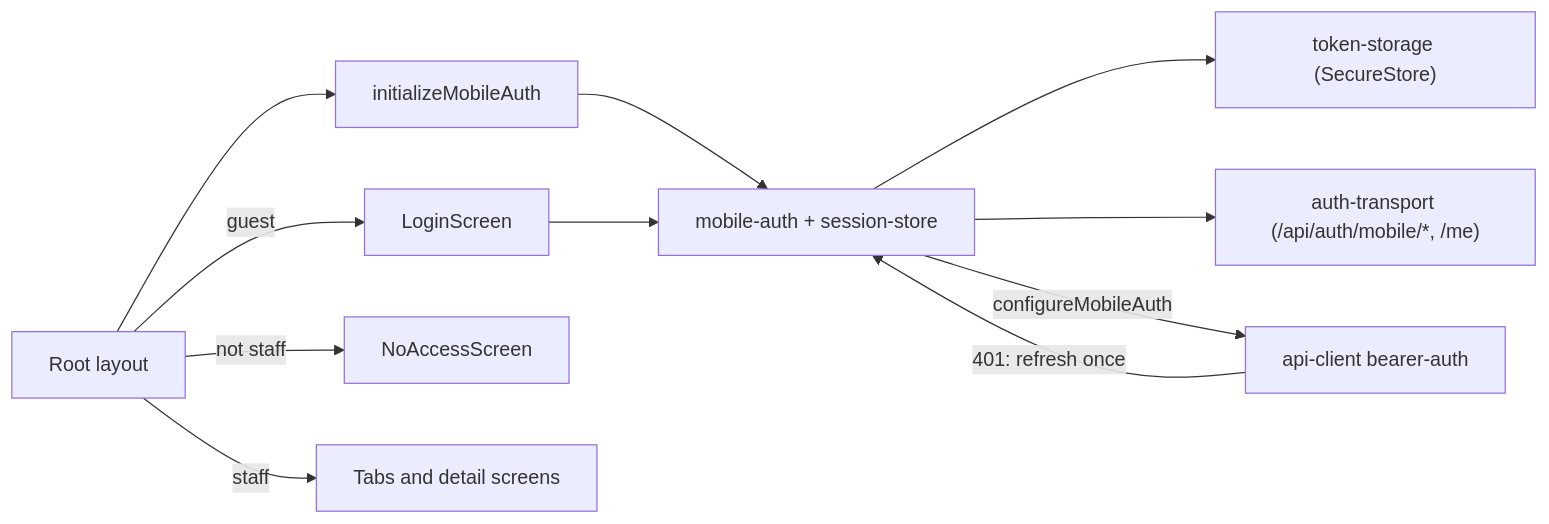
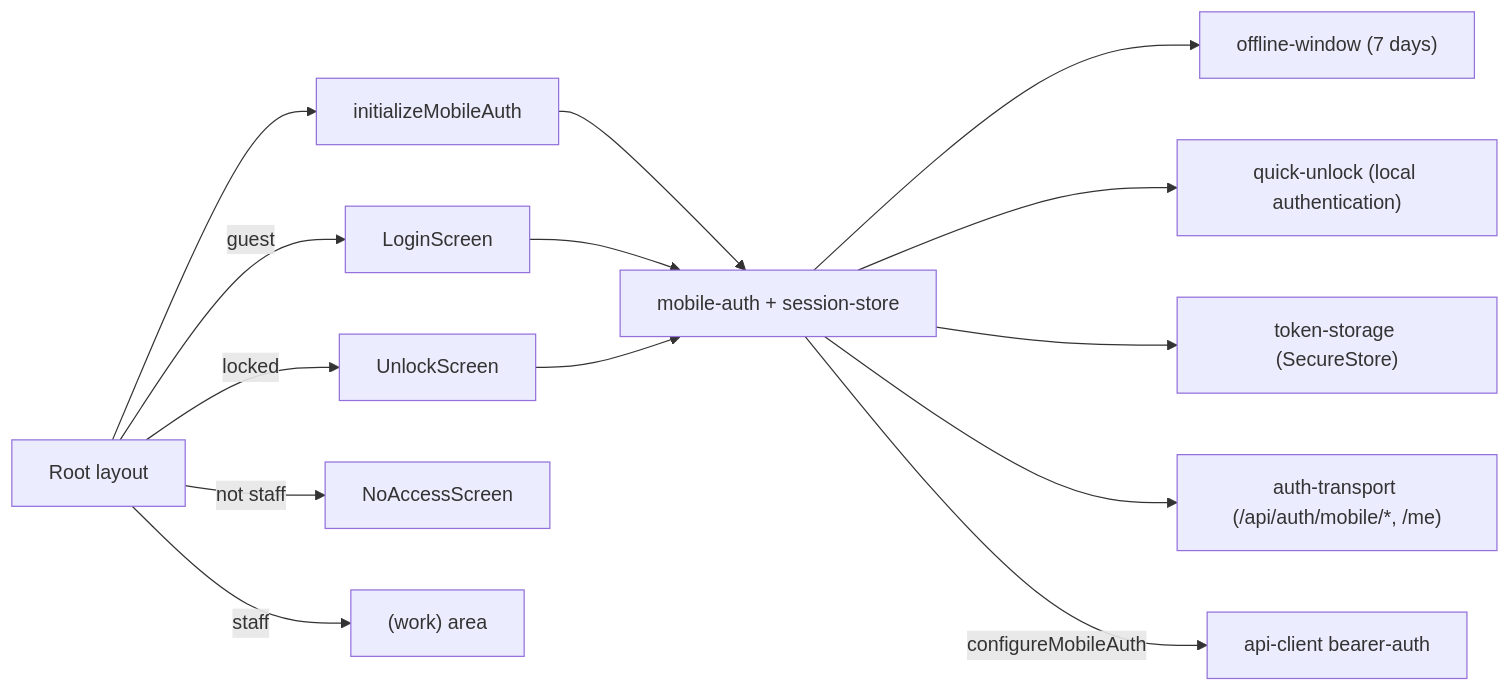
One commit to Weretik/kedr-web changed the diagram in docs/features/mobile/auth.md. Above: the diagram before and after it, drawn with Mermaid. The commit also changed other lines of this file and 501 other files, not shown here.

First line of the commit message:
Kedr Manager stage 1: «Офіс» UI on Unistyles, shell with customer gate, sign-in with offline window

````diff
--- a/docs/features/mobile/auth.md
+++ b/docs/features/mobile/auth.md
@@ -14,13 +14,16 @@
 ```mermaid
 flowchart LR
 Root["Root layout"] --> Init["initializeMobileAuth"]
 Root -->|guest| Login["LoginScreen"]
+Root -->|locked| Unlock["UnlockScreen"]
 Root -->|not staff| NoAccess["NoAccessScreen"]
-Root -->|staff| Tabs["Tabs and detail screens"]
+Root -->|staff| Work["(work) area"]
 Init --> Auth["mobile-auth + session-store"]
 Login --> Auth
+Unlock --> Auth
+Auth --> Window["offline-window (7 days)"]
+Auth --> Quick["quick-unlock (local authentication)"]
 Auth --> Storage["token-storage (SecureStore)"]
 Auth --> Transport["auth-transport (/api/auth/mobile/*, /me)"]
 Auth -->|configureMobileAuth| Client["api-client bearer-auth"]
-Client -->|401: refresh once| Auth
 ```
````
